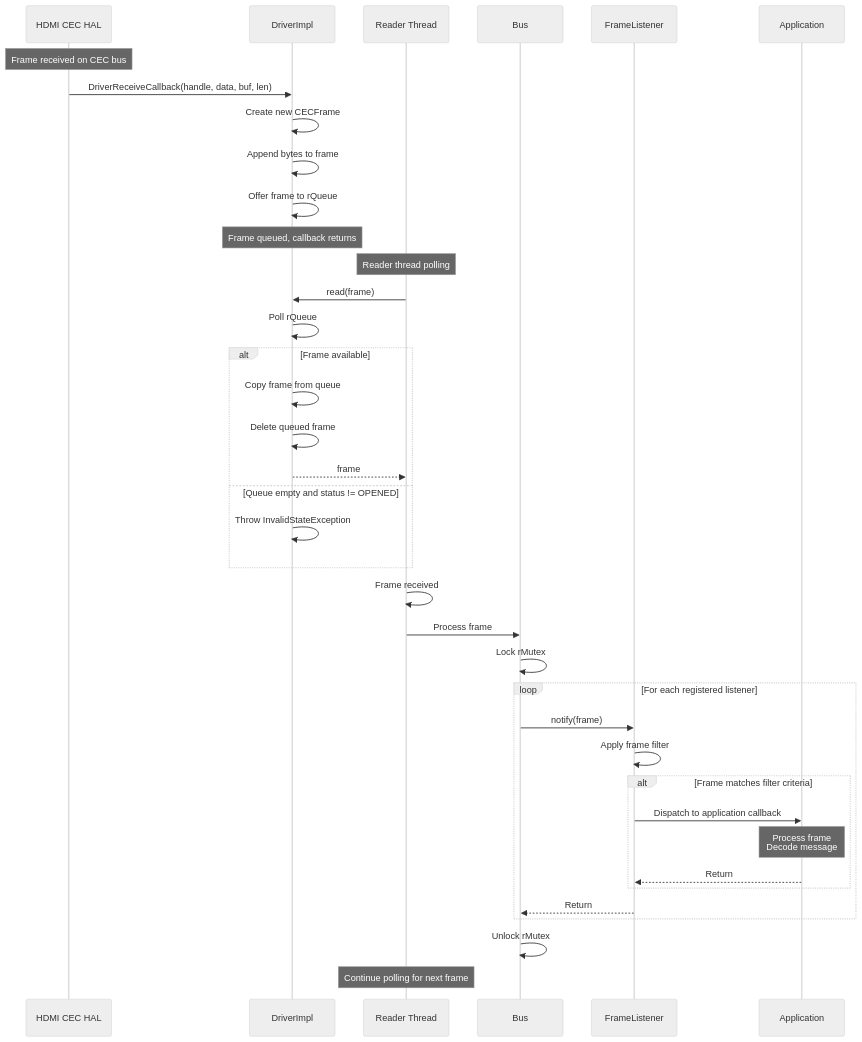
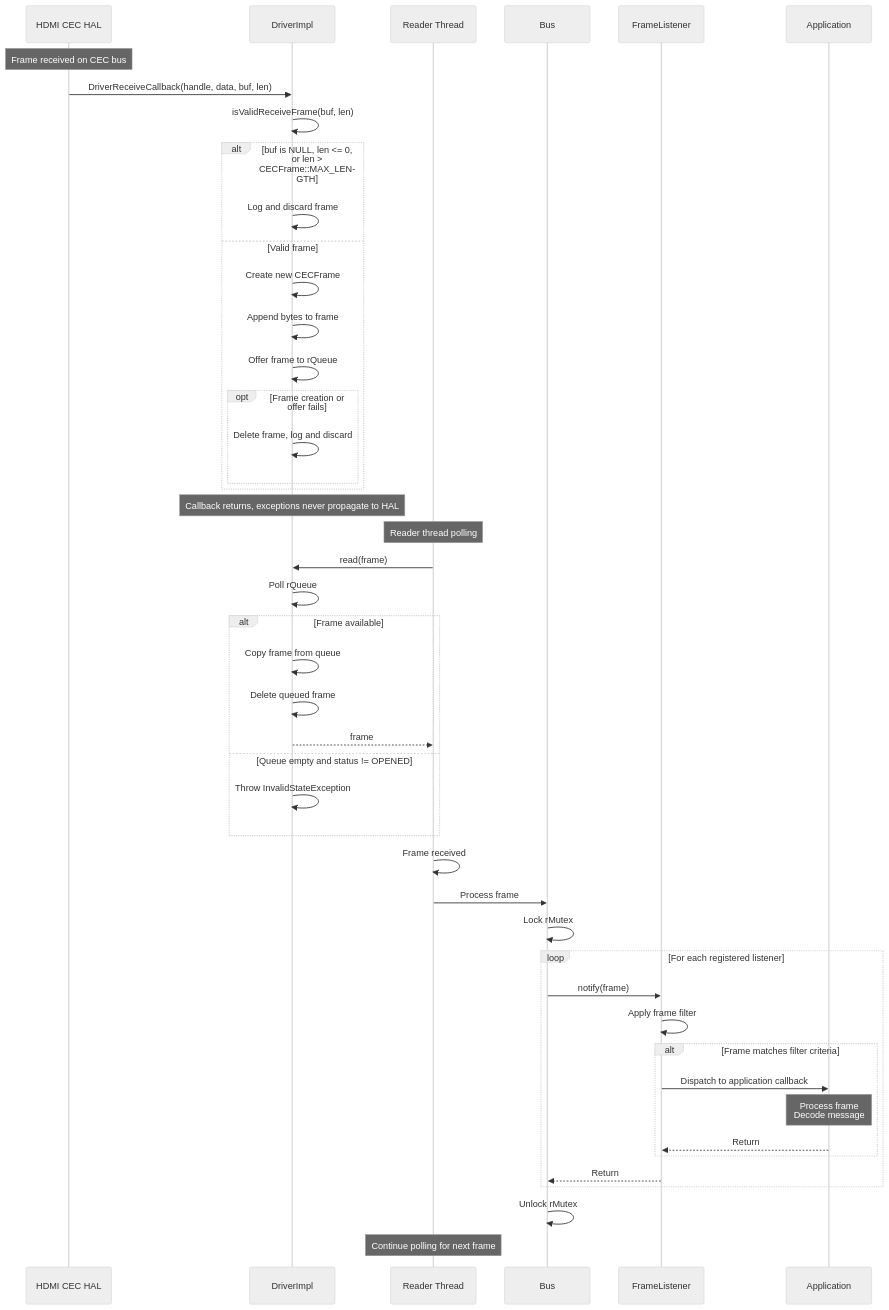
The sixth of 8 diagrams in README.md (rdkcentral/hdmicec), drawn with Mermaid (neutral theme) before and after one commit. The commit also changed other lines of this file and 2 other files, not shown here.

Commit message:
docs: clarify driver receive validation and queue saturation

````diff
--- a/README.md
+++ b/README.md
@@ -363,46 +363,54 @@
 ```mermaid
 sequenceDiagram
     participant HAL as HDMI CEC HAL
     participant Driver as DriverImpl
     participant Reader as Reader Thread
     participant Bus as Bus
     participant Listener as FrameListener
     participant App as Application
 
     Note over HAL: Frame received on CEC bus
 
     HAL->>Driver: DriverReceiveCallback(handle, data, buf, len)
-    Driver->>Driver: Create new CECFrame
-    Driver->>Driver: Append bytes to frame
-    Driver->>Driver: Offer frame to rQueue
-    Note over Driver: Frame queued, callback returns
+    Driver->>Driver: isValidReceiveFrame(buf, len)
+      alt buf is NULL, len <= 0, or len > CECFrame::MAX_LENGTH
+          Driver->>Driver: Log and discard frame
+      else Valid frame
+          Driver->>Driver: Create new CECFrame
+          Driver->>Driver: Append bytes to frame
+          Driver->>Driver: Offer frame to rQueue
+          opt Frame creation or offer fails
+              Driver->>Driver: Delete frame, log and discard
+          end
+      end
+    Note over Driver: Callback returns, exceptions never propagate to HAL
 
     Note over Reader: Reader thread polling
     Reader->>Driver: read(frame)
     Driver->>Driver: Poll rQueue
     alt Frame available
         Driver->>Driver: Copy frame from queue
         Driver->>Driver: Delete queued frame
         Driver-->>Reader: frame
     else Queue empty and status != OPENED
         Driver->>Driver: Throw InvalidStateException
     end
 
     Reader->>Reader: Frame received
     Reader->>Bus: Process frame
     Bus->>Bus: Lock rMutex
     
     loop For each registered listener
         Bus->>Listener: notify(frame)
         Listener->>Listener: Apply frame filter
         alt Frame matches filter criteria
             Listener->>App: Dispatch to application callback
             Note over App: Process frame<br/>Decode message
             App-->>Listener: Return
         end
         Listener-->>Bus: Return
     end
     
     Bus->>Bus: Unlock rMutex
     Note over Reader: Continue polling for next frame
 ```
````
